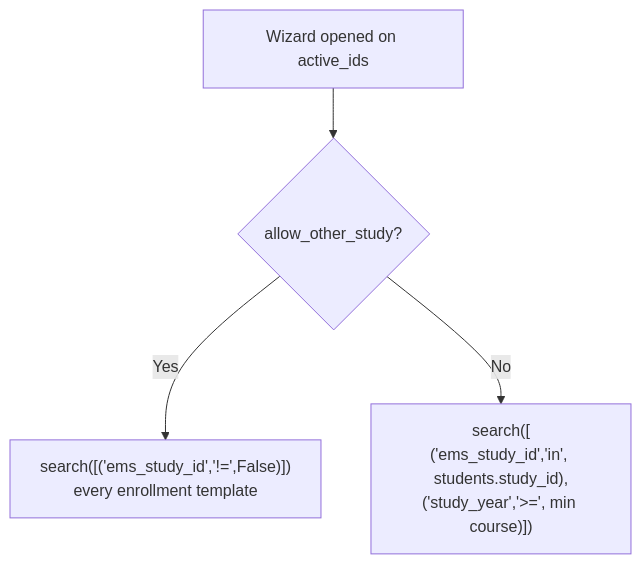
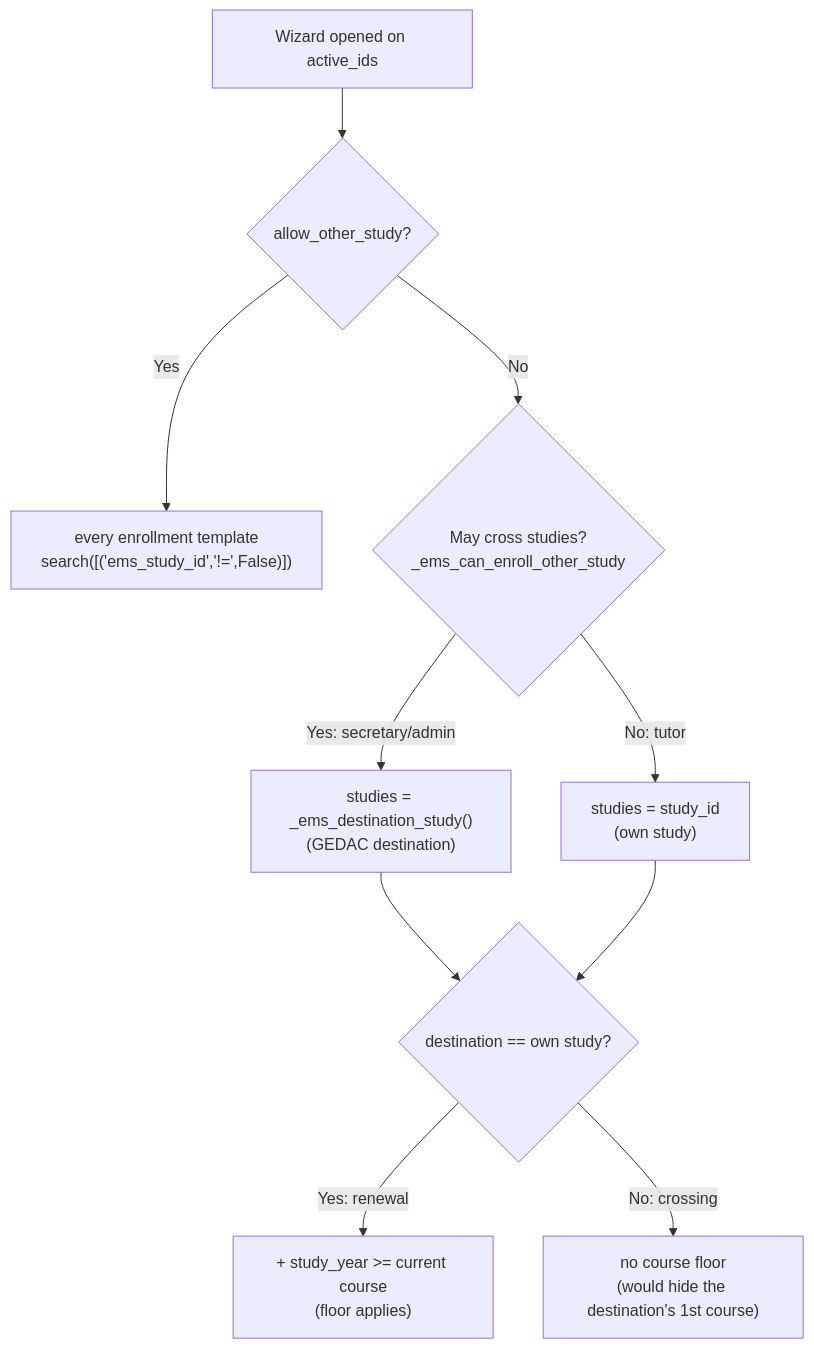
Before and after one commit to ElPuig/EMS: the first of 2 diagrams in docs/en/developers/enrollment/enrollment_proposal_wizard.md, drawn with Mermaid. The commit also changed other lines of this file and 19 other files, not shown here.

Commit message:
Record the GEDAC destination on current students and use it in the enrollment proposal (Closes #336)

````diff
--- a/docs/en/developers/enrollment/enrollment_proposal_wizard.md
+++ b/docs/en/developers/enrollment/enrollment_proposal_wizard.md
@@ -41,6 +46,12 @@
 ```mermaid
 flowchart TD
     A[Wizard opened on active_ids] --> B{allow_other_study?}
-    B -->|Yes| C["search([('ems_study_id','!=',False)])<br/>every enrollment template"]
-    B -->|No| D["search([<br/>('ems_study_id','in', students.study_id),<br/>('study_year','&gt;=', min course)])"]
+    B -->|Yes| C["every enrollment template<br/>search([('ems_study_id','!=',False)])"]
+    B -->|No| D{May cross studies?<br/>_ems_can_enroll_other_study}
+    D -->|Yes: secretary/admin| E["studies = _ems_destination_study()<br/>(GEDAC destination)"]
+    D -->|No: tutor| F["studies = study_id<br/>(own study)"]
+    E --> G{destination == own study?}
+    F --> G
+    G -->|Yes: renewal| H["+ study_year >= current course<br/>(floor applies)"]
+    G -->|No: crossing| I["no course floor<br/>(would hide the destination's 1st course)"]
 ```
````
